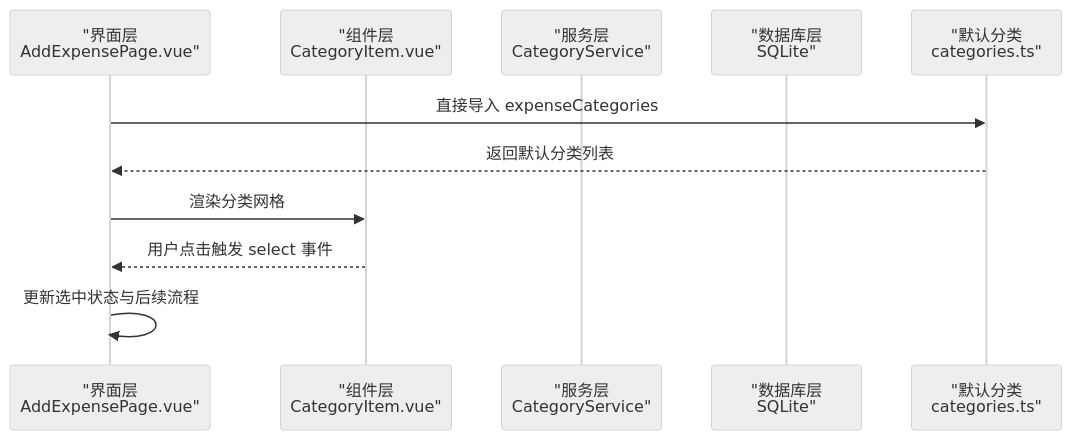
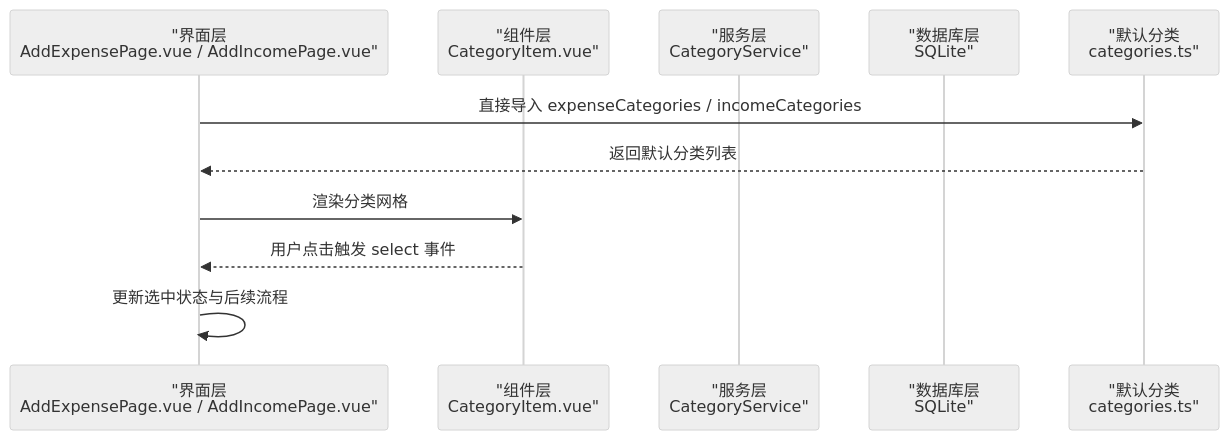
The second of 7 diagrams in .qoder/repowiki/zh/content/支出管理/分类管理.md (xiao-lin-unit/yuan), drawn with Mermaid (neutral theme) before and after one commit. The commit also changed other lines of this file and 62 other files, not shown here.

````diff
--- a/.qoder/repowiki/zh/content/支出管理/分类管理.md
+++ b/.qoder/repowiki/zh/content/支出管理/分类管理.md
@@ -141,13 +158,13 @@
 ```mermaid
 sequenceDiagram
-participant UI as "界面层<br/>AddExpensePage.vue"
+participant UI as "界面层<br/>AddExpensePage.vue / AddIncomePage.vue"
 participant CI as "组件层<br/>CategoryItem.vue"
 participant CS as "服务层<br/>CategoryService"
 participant DB as "数据库层<br/>SQLite"
 participant DEF as "默认分类<br/>categories.ts"
-UI->>DEF : 直接导入 expenseCategories
+UI->>DEF : 直接导入 expenseCategories / incomeCategories
 DEF-->>UI : 返回默认分类列表
 UI->>CI : 渲染分类网格
 CI-->>UI : 用户点击触发 select 事件
 UI->>UI : 更新选中状态与后续流程
 ```
````
